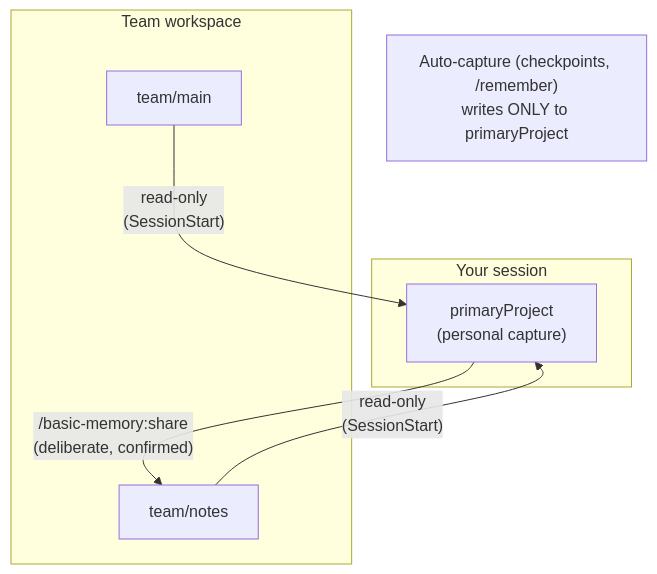
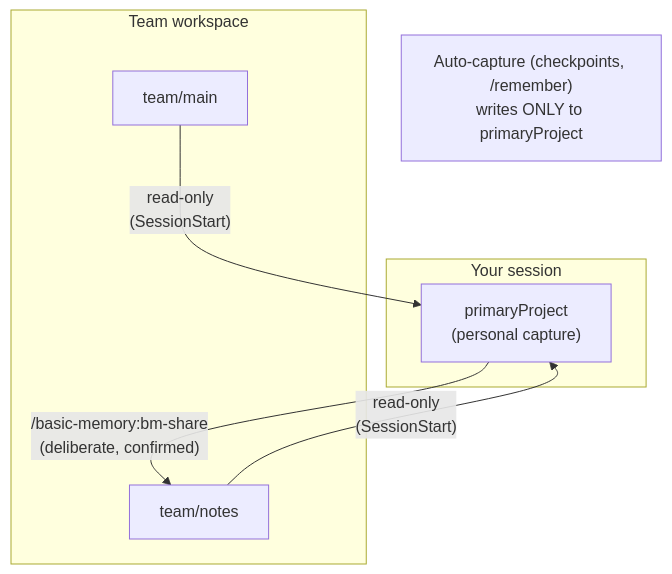
Before and after one commit to pchaganti/gx-basic-memory: the sixth of 6 diagrams in plugins/claude-code/docs/architecture.md, drawn with Mermaid. The commit also changed other lines of this file and 15 other files, not shown here.

````diff
--- a/plugins/claude-code/docs/architecture.md
+++ b/plugins/claude-code/docs/architecture.md
@@ -136,16 +136,16 @@
 ```mermaid
 flowchart TB
     subgraph You["Your session"]
         P["primaryProject<br/>(personal capture)"]
     end
     subgraph Team["Team workspace"]
         T1["team/main"]
         T2["team/notes"]
     end
 
     T1 -- "read-only<br/>(SessionStart)" --> P
     T2 -- "read-only<br/>(SessionStart)" --> P
-    P -- "/basic-memory:share<br/>(deliberate, confirmed)" --> T2
+    P -- "/basic-memory:bm-share<br/>(deliberate, confirmed)" --> T2
 
     note["Auto-capture (checkpoints, /remember)<br/>writes ONLY to primaryProject"]
 ```
````
